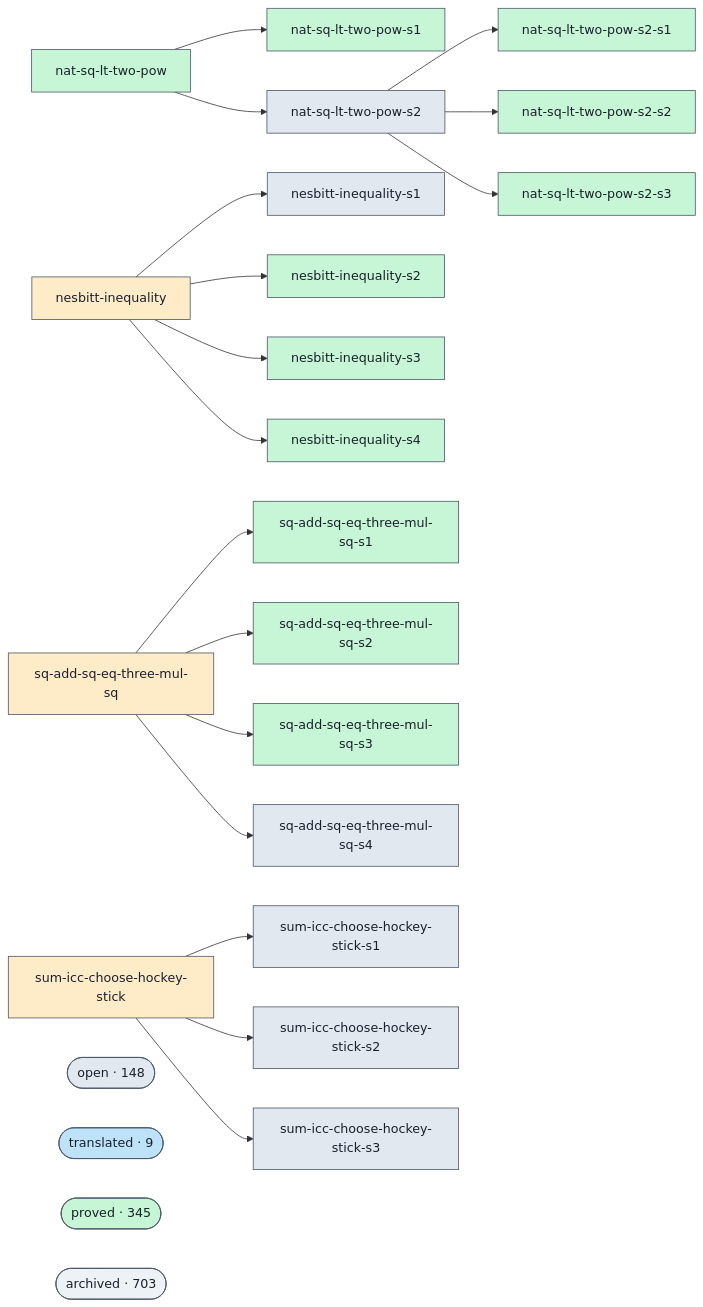
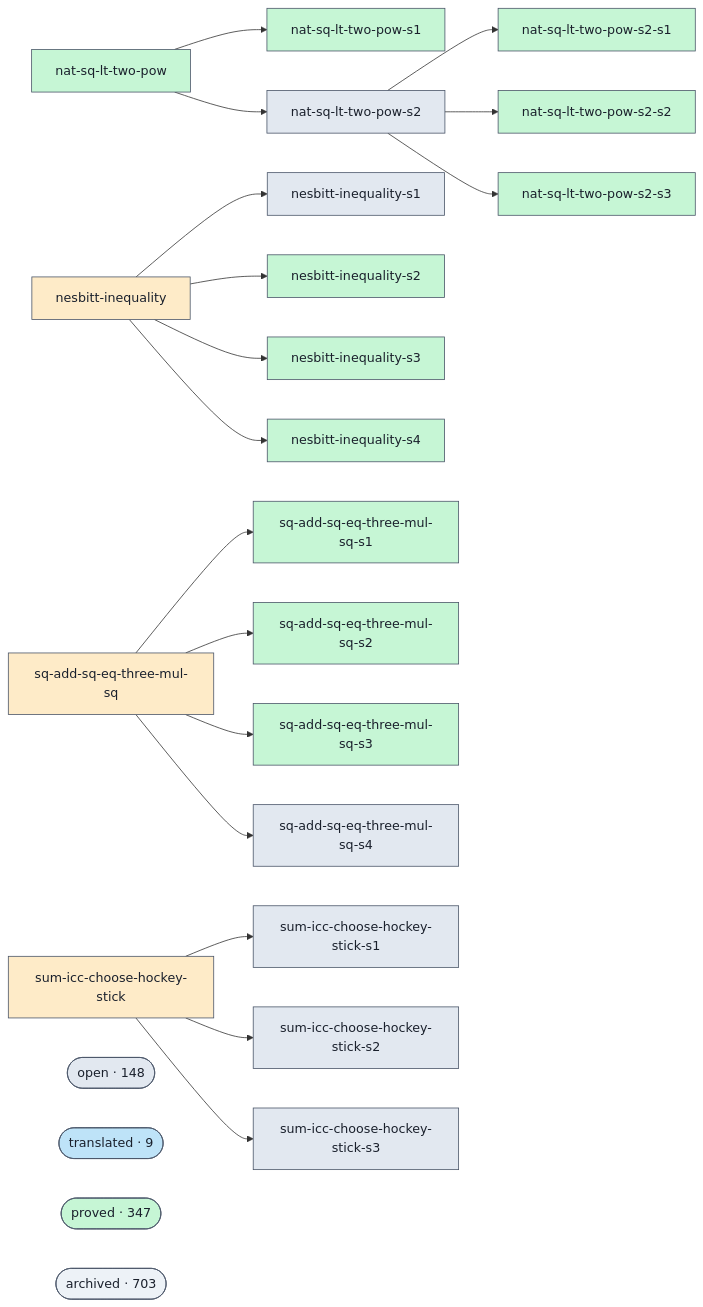
Before and after one commit to Rauxon/unsorry: the diagram in docs/proofs-contributors-visualisation.md, drawn with Mermaid. The commit also changed other lines of this file and 2 other files, not shown here.

```diff
--- a/docs/proofs-contributors-visualisation.md
+++ b/docs/proofs-contributors-visualisation.md
@@ -102,7 +102,7 @@
   class cluster_open open;
   cluster_translated(["translated · 9"])
   class cluster_translated translated;
-  cluster_proved(["proved · 345"])
+  cluster_proved(["proved · 347"])
   class cluster_proved proved;
   cluster_archived(["archived · 703"])
   class cluster_archived unknown;
```
